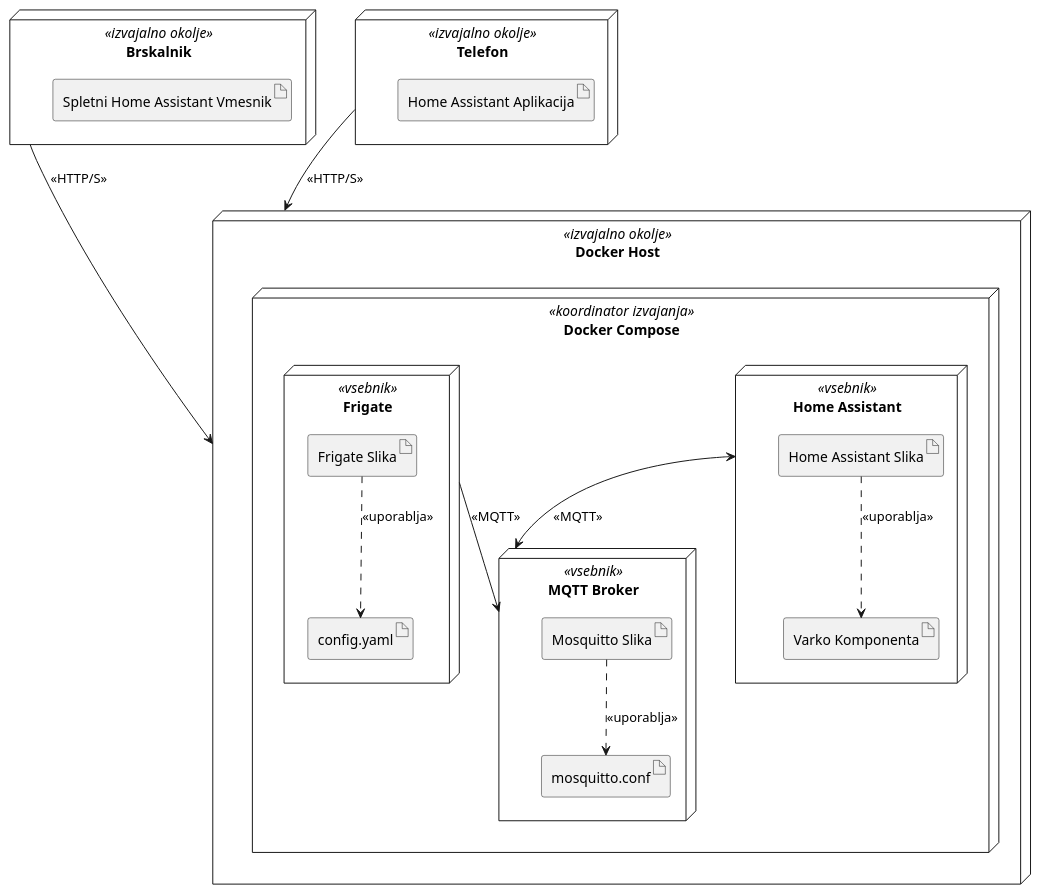
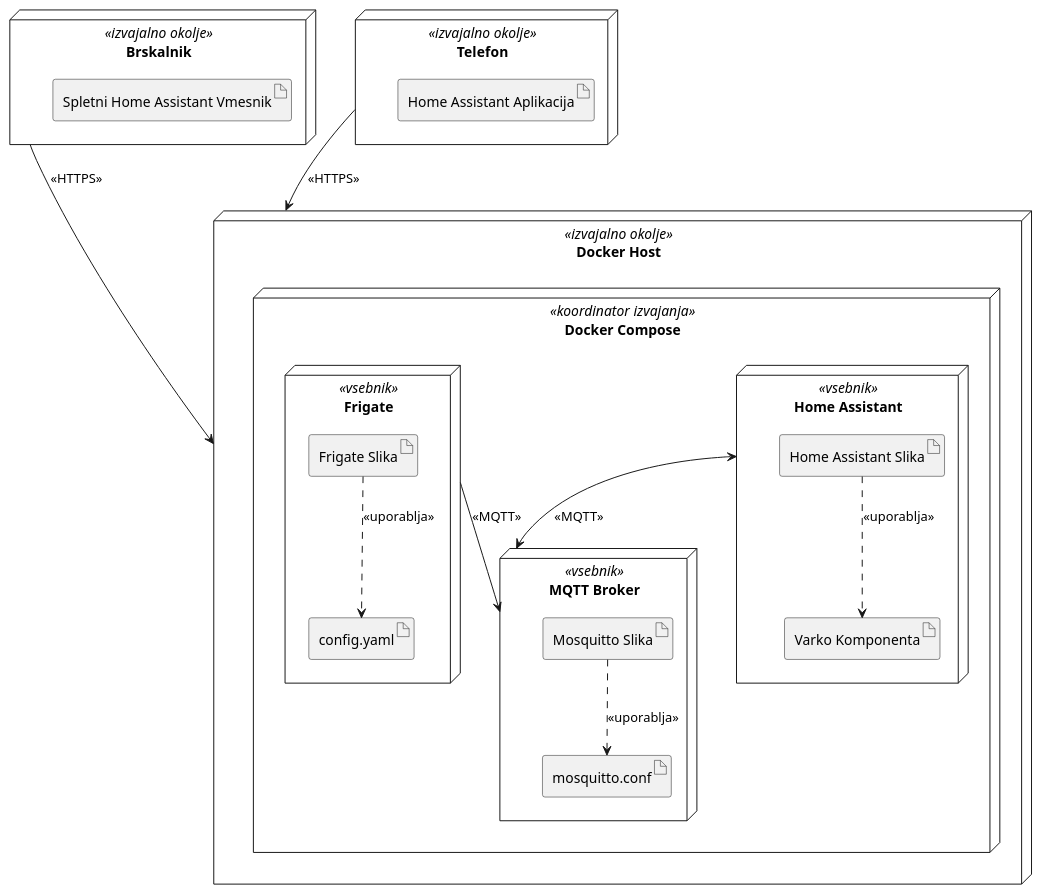
One commit to TPO-2024-2025/Varko changed the diagram in docs/gradivo/plantuml/Izvedljiv sistem/diagram_namestitveni.puml. Above: the diagram before and after it, drawn with PlantUML. The commit also changed 8 other files, not shown here.

Commit message:
Popravki, dodan diagram stanj

```diff
--- a/docs/gradivo/plantuml/Izvedljiv sistem/diagram_namestitveni.puml
+++ b/docs/gradivo/plantuml/Izvedljiv sistem/diagram_namestitveni.puml
@@ -1,38 +1,38 @@
 @startuml
 node "Docker Host" as dockerHost <<izvajalno okolje>> {
 
     node "Docker Compose" as dockerCompose <<koordinator izvajanja>> {
 
         node "Home Assistant" as haContainer <<vsebnik>> {
             artifact "Home Assistant Slika" as haImage
             artifact "Varko Komponenta" as varkoComponent
         }
 
         node "MQTT Broker" as mqttContainer <<vsebnik>> {
             artifact "Mosquitto Slika" as mosquittoImage
             artifact "mosquitto.conf" as mosquittoConfig
         }
 
         node "Frigate" as frigateContainer <<vsebnik>> {
             artifact "Frigate Slika" as frigateImage
             artifact "config.yaml" as frigateConfig
         }
     }
 }
 
 node "Brskalnik" as haWebUI <<izvajalno okolje>> {
     artifact "Spletni Home Assistant Vmesnik"
 }
 
 node "Telefon" as mobileDevice <<izvajalno okolje>> {
     artifact "Home Assistant Aplikacija"
 }
 
-haWebUI --> dockerHost : <<HTTP/S>>
-mobileDevice --> dockerHost : <<HTTP/S>>
+haWebUI --> dockerHost : <<HTTPS>>
+mobileDevice --> dockerHost : <<HTTPS>>
 haContainer <--> mqttContainer : <<MQTT>>
 frigateContainer --> mqttContainer : <<MQTT>>
 haImage ..> varkoComponent : <<uporablja>>
 mosquittoImage ..> mosquittoConfig : <<uporablja>>
 frigateImage ..> frigateConfig : <<uporablja>>
 @enduml
```
